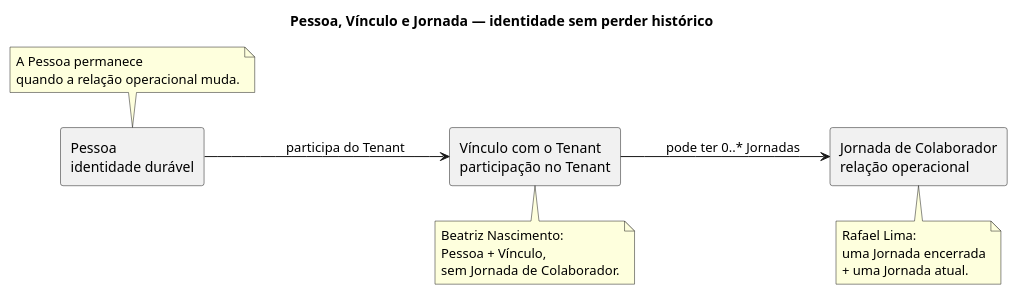
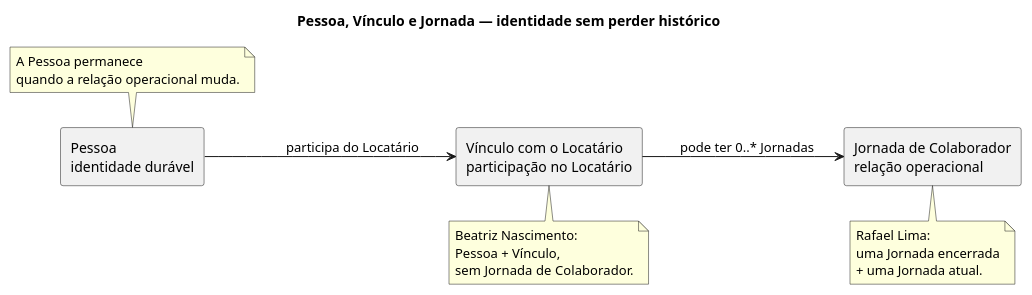
One commit to RodrigoMattosoSilveira/EnterpriseRemoteSystems changed the diagram in docs/uml/demo/02-pessoa-vinculo-jornada.puml. Above: the diagram before and after it, drawn with PlantUML. The commit also changed 11 other files, not shown here.

```diff
--- a/docs/uml/demo/02-pessoa-vinculo-jornada.puml
+++ b/docs/uml/demo/02-pessoa-vinculo-jornada.puml
@@ -1,30 +1,30 @@
 @startuml
 title Pessoa, Vínculo e Jornada — identidade sem perder histórico
 
 left to right direction
 
 rectangle "Pessoa\nidentidade durável" as Pessoa
-rectangle "Vínculo com o Tenant\nparticipação no Tenant" as Vinculo
+rectangle "Vínculo com o Locatário\nparticipação no Locatário" as Vinculo
 rectangle "Jornada de Colaborador\nrelação operacional" as Jornada
 
-Pessoa --> Vinculo : participa do Tenant
+Pessoa --> Vinculo : participa do Locatário
 Vinculo --> Jornada : pode ter 0..* Jornadas
 
 note top of Pessoa
 A Pessoa permanece
 quando a relação operacional muda.
 end note
 
 note bottom of Vinculo
 Beatriz Nascimento:
 Pessoa + Vínculo,
 sem Jornada de Colaborador.
 end note
 
 note bottom of Jornada
 Rafael Lima:
 uma Jornada encerrada
 + uma Jornada atual.
 end note
 
 @enduml
```
